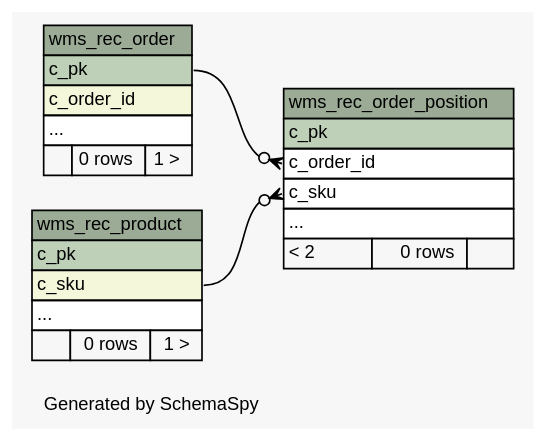
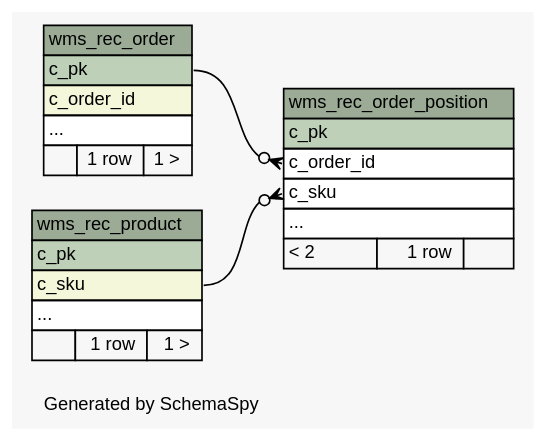
One commit to openwms/org.openwms.wms.receiving.lib changed the diagram in schemaspy/diagrams/summary/relationships.real.compact.dot. Above: the diagram before and after it, drawn with Graphviz. The commit also changed 200 other files, not shown here.

```diff
--- a/schemaspy/diagrams/summary/relationships.real.compact.dot
+++ b/schemaspy/diagrams/summary/relationships.real.compact.dot
@@ -1,61 +1,61 @@
 // dot 2.36.0 on Linux 4.4.0-101-generic
 // SchemaSpy rev Unknown
 digraph "compactRelationshipsDiagram" {
   graph [
     rankdir="RL"
     bgcolor="#f7f7f7"
     label="\nGenerated by SchemaSpy"
     labeljust="l"
     nodesep="0.18"
     ranksep="0.46"
     fontname="Helvetica"
     fontsize="11"
   ];
   node [
     fontname="Helvetica"
     fontsize="11"
     shape="plaintext"
   ];
   edge [
     arrowsize="0.8"
   ];
   "wms_rec_order" [
     label=<
     <TABLE BORDER="0" CELLBORDER="1" CELLSPACING="0" BGCOLOR="#ffffff">
       <TR><TD COLSPAN="3" BGCOLOR="#9bab96" ALIGN="CENTER">wms_rec_order</TD></TR>
       <TR><TD PORT="c_pk" COLSPAN="3" BGCOLOR="#bed1b8" ALIGN="LEFT">c_pk</TD></TR>
       <TR><TD PORT="c_order_id" COLSPAN="3" BGCOLOR="#f4f7da" ALIGN="LEFT">c_order_id</TD></TR>
       <TR><TD PORT="elipses" COLSPAN="3" ALIGN="LEFT">...</TD></TR>
-      <TR><TD ALIGN="LEFT" BGCOLOR="#f7f7f7">  </TD><TD ALIGN="RIGHT" BGCOLOR="#f7f7f7">0 rows</TD><TD ALIGN="RIGHT" BGCOLOR="#f7f7f7">1 &gt;</TD></TR>
+      <TR><TD ALIGN="LEFT" BGCOLOR="#f7f7f7">  </TD><TD ALIGN="RIGHT" BGCOLOR="#f7f7f7">1 row</TD><TD ALIGN="RIGHT" BGCOLOR="#f7f7f7">1 &gt;</TD></TR>
     </TABLE>>
     URL="tables/wms_rec_order.html"
     tooltip="wms_rec_order"
   ];
   "wms_rec_order_position" [
     label=<
     <TABLE BORDER="0" CELLBORDER="1" CELLSPACING="0" BGCOLOR="#ffffff">
       <TR><TD COLSPAN="3" BGCOLOR="#9bab96" ALIGN="CENTER">wms_rec_order_position</TD></TR>
       <TR><TD PORT="c_pk" COLSPAN="3" BGCOLOR="#bed1b8" ALIGN="LEFT">c_pk</TD></TR>
       <TR><TD PORT="c_order_id" COLSPAN="3" ALIGN="LEFT">c_order_id</TD></TR>
       <TR><TD PORT="c_sku" COLSPAN="3" ALIGN="LEFT">c_sku</TD></TR>
       <TR><TD PORT="elipses" COLSPAN="3" ALIGN="LEFT">...</TD></TR>
-      <TR><TD ALIGN="LEFT" BGCOLOR="#f7f7f7">&lt; 2</TD><TD ALIGN="RIGHT" BGCOLOR="#f7f7f7">0 rows</TD><TD ALIGN="RIGHT" BGCOLOR="#f7f7f7">  </TD></TR>
+      <TR><TD ALIGN="LEFT" BGCOLOR="#f7f7f7">&lt; 2</TD><TD ALIGN="RIGHT" BGCOLOR="#f7f7f7">1 row</TD><TD ALIGN="RIGHT" BGCOLOR="#f7f7f7">  </TD></TR>
     </TABLE>>
     URL="tables/wms_rec_order_position.html"
     tooltip="wms_rec_order_position"
   ];
   "wms_rec_product" [
     label=<
     <TABLE BORDER="0" CELLBORDER="1" CELLSPACING="0" BGCOLOR="#ffffff">
       <TR><TD COLSPAN="3" BGCOLOR="#9bab96" ALIGN="CENTER">wms_rec_product</TD></TR>
       <TR><TD PORT="c_pk" COLSPAN="3" BGCOLOR="#bed1b8" ALIGN="LEFT">c_pk</TD></TR>
       <TR><TD PORT="c_sku" COLSPAN="3" BGCOLOR="#f4f7da" ALIGN="LEFT">c_sku</TD></TR>
       <TR><TD PORT="elipses" COLSPAN="3" ALIGN="LEFT">...</TD></TR>
-      <TR><TD ALIGN="LEFT" BGCOLOR="#f7f7f7">  </TD><TD ALIGN="RIGHT" BGCOLOR="#f7f7f7">0 rows</TD><TD ALIGN="RIGHT" BGCOLOR="#f7f7f7">1 &gt;</TD></TR>
+      <TR><TD ALIGN="LEFT" BGCOLOR="#f7f7f7">  </TD><TD ALIGN="RIGHT" BGCOLOR="#f7f7f7">1 row</TD><TD ALIGN="RIGHT" BGCOLOR="#f7f7f7">1 &gt;</TD></TR>
     </TABLE>>
     URL="tables/wms_rec_product.html"
     tooltip="wms_rec_product"
   ];
   "wms_rec_order_position":"c_order_id":w -> "wms_rec_order":"c_pk":e [arrowhead=none dir=back arrowtail=crowodot];
   "wms_rec_order_position":"c_sku":w -> "wms_rec_product":"c_sku":e [arrowhead=none dir=back arrowtail=crowodot];
 }
```
